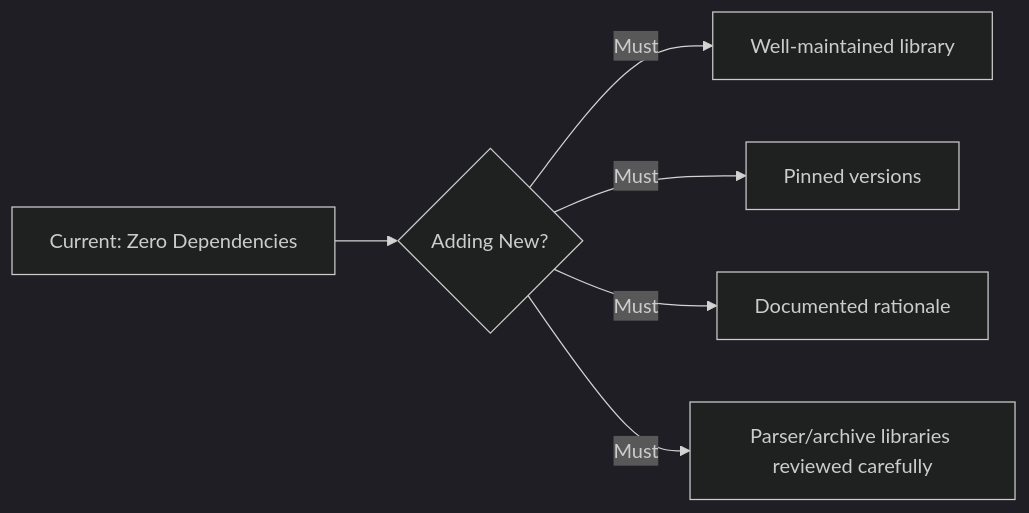
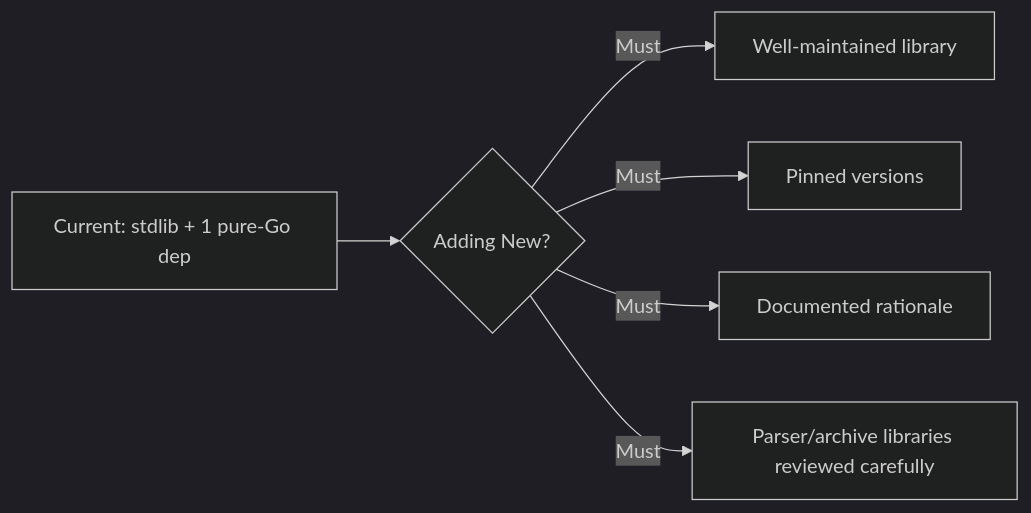
Before and after one commit to Masriyan/FlatScan: the seventh of 7 diagrams in security.md, drawn with Mermaid (dark theme). The commit also changed other lines of this file and 7 other files, not shown here.

````diff
--- a/security.md
+++ b/security.md
@@ -281,8 +281,8 @@
 ```mermaid
 graph LR
-    A["Current: Zero Dependencies"] --> B{Adding New?}
+    A["Current: stdlib + 1 pure-Go dep"] --> B{Adding New?}
     B -->|Must| C[Well-maintained library]
     B -->|Must| D[Pinned versions]
     B -->|Must| E[Documented rationale]
     B -->|Must| F[Parser/archive libraries reviewed carefully]
 ```
````
